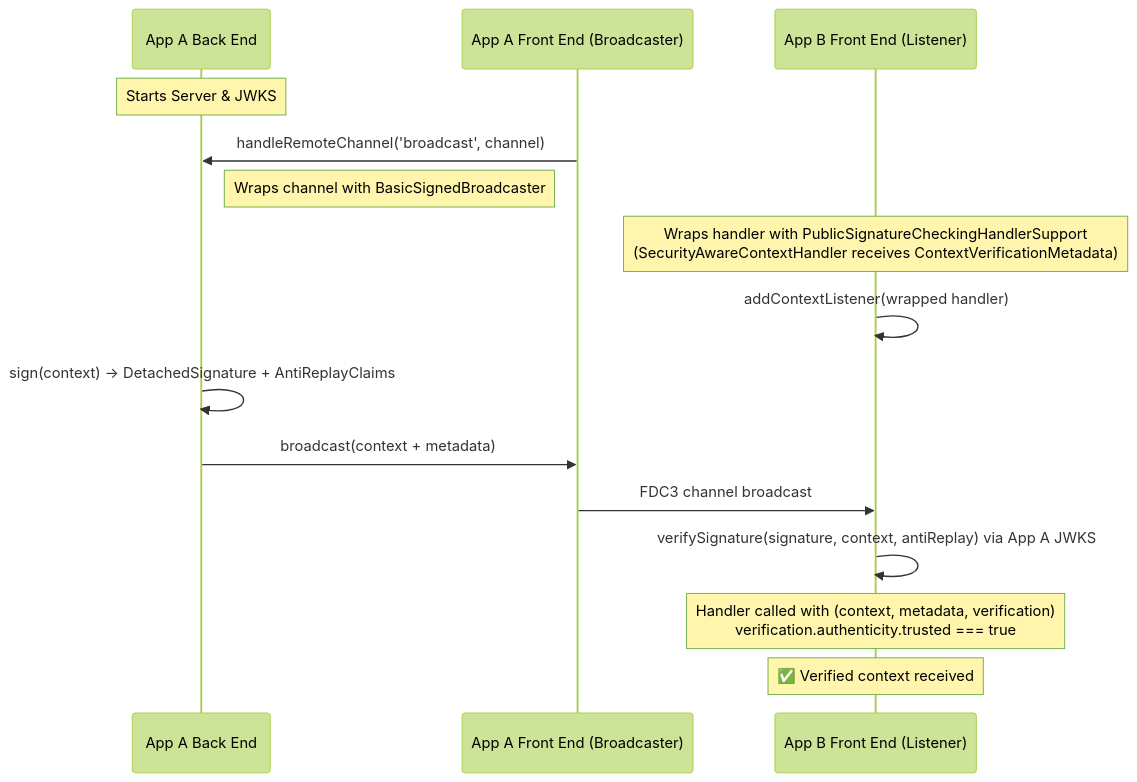
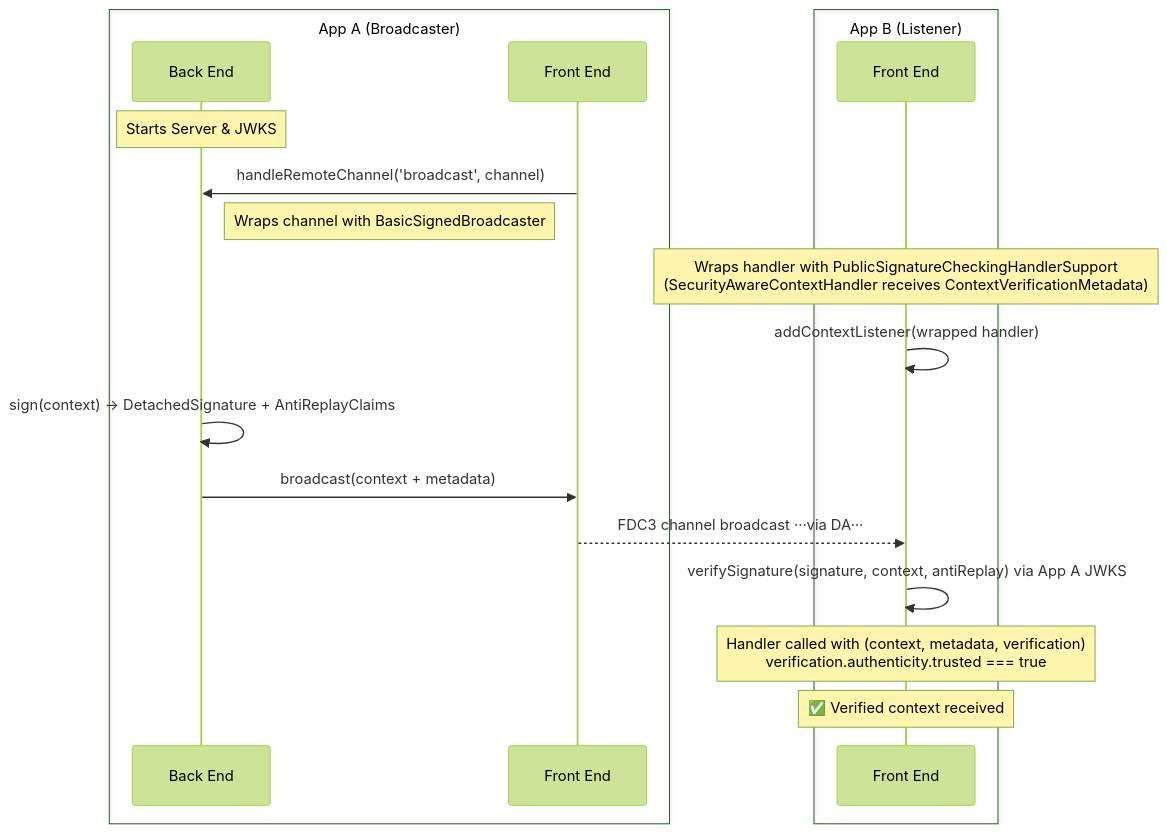
One commit to finos/FDC3 changed the third of 5 diagrams in packages/fdc3-security/samples/README.md. Above: the diagram before and after it, drawn with Mermaid (forest theme). The commit also changed other lines of this file, not shown here.

Commit message:
Correcting the Backend Encrypted Channel Example diagram in the fdc3-security samples readme

````diff
--- a/packages/fdc3-security/samples/README.md
+++ b/packages/fdc3-security/samples/README.md
@@ -110,21 +127,25 @@
 ```mermaid
 sequenceDiagram
-    participant ABE as App A Back End
-    participant AFE as App A Front End (Broadcaster)
-    participant BFE as App B Front End (Listener)
+    box App A (Broadcaster)
+        participant ABE as Back End
+        participant AFE as Front End
+    end
+    box App B (Listener)
+        participant BFE as Front End
+    end
 
     Note over ABE: Starts Server & JWKS
     AFE->>ABE: handleRemoteChannel('broadcast', channel)
     Note right of ABE: Wraps channel with BasicSignedBroadcaster
 
     Note over BFE: Wraps handler with PublicSignatureCheckingHandlerSupport<br/>(SecurityAwareContextHandler receives ContextVerificationMetadata)
     BFE->>BFE: addContextListener(wrapped handler)
 
     ABE->>ABE: sign(context) → DetachedSignature + AntiReplayClaims
     ABE->>AFE: broadcast(context + metadata)
-    AFE->>BFE: FDC3 channel broadcast
+    AFE-->>BFE: FDC3 channel broadcast ···via DA···
 
     BFE->>BFE: verifySignature(signature, context, antiReplay) via App A JWKS
     Note over BFE: Handler called with (context, metadata, verification)<br/>verification.authenticity.trusted === true
     Note over BFE: ✅ Verified context received
 ```
````
